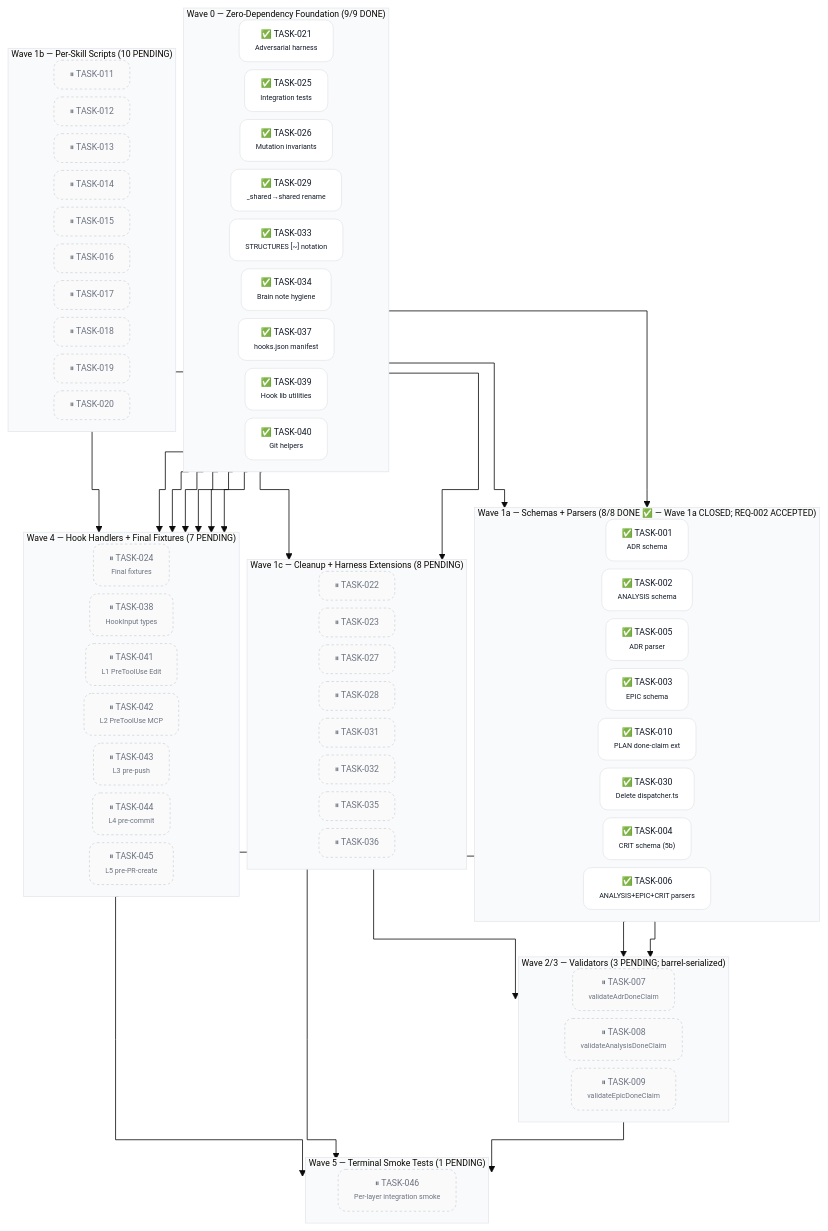
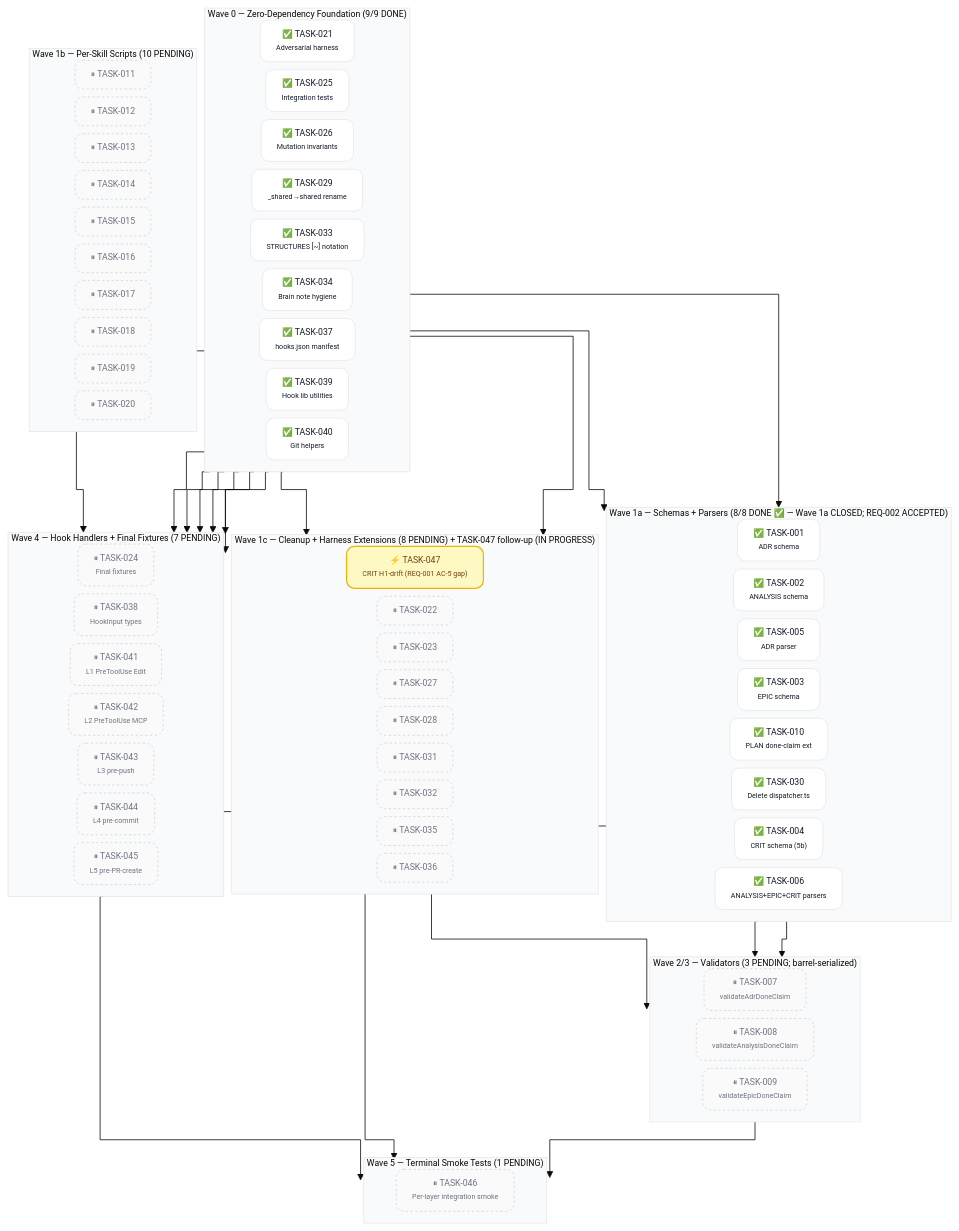
One commit to acmelabs-15/skills changed the second of 2 diagrams in docs/planning/PLAN-001-skills-ecosystem.md. Above: the diagram before and after it, drawn with Mermaid. The commit also changed other lines of this file and 4 other files, not shown here.

First line of the commit message:
spec(SPEC-008): D-4 — close REQ-001 AC-5 gap via TASK-047 amendment (Event 77)

````diff
--- a/docs/planning/PLAN-001-skills-ecosystem.md
+++ b/docs/planning/PLAN-001-skills-ecosystem.md
@@ -195,8 +195,9 @@
     T020["⏸ TASK-020"]
   end
 
-  subgraph W1c ["Wave 1c — Cleanup + Harness Extensions (8 PENDING)"]
+  subgraph W1c ["Wave 1c — Cleanup + Harness Extensions (8 PENDING) + TASK-047 follow-up (IN PROGRESS)"]
     direction LR
+    T047["⚡ TASK-047<br/><span style='font-size:9px'>CRIT H1-drift (REQ-001 AC-5 gap)</span>"]
     T022["⏸ TASK-022"]
     T023["⏸ TASK-023"]
     T027["⏸ TASK-027"]
@@ -253,5 +254,6 @@
   T045 --> T046
 
   class T001,T002,T003,T004,T005,T006,T010,T021,T025,T026,T029,T030,T033,T034,T037,T039,T040 done
+  class T047 inprogress
   class T007,T008,T009,T011,T012,T013,T014,T015,T016,T017,T018,T019,T020,T022,T023,T024,T027,T028,T031,T032,T035,T036,T038,T041,T042,T043,T044,T045,T046 pending
 ```
````
